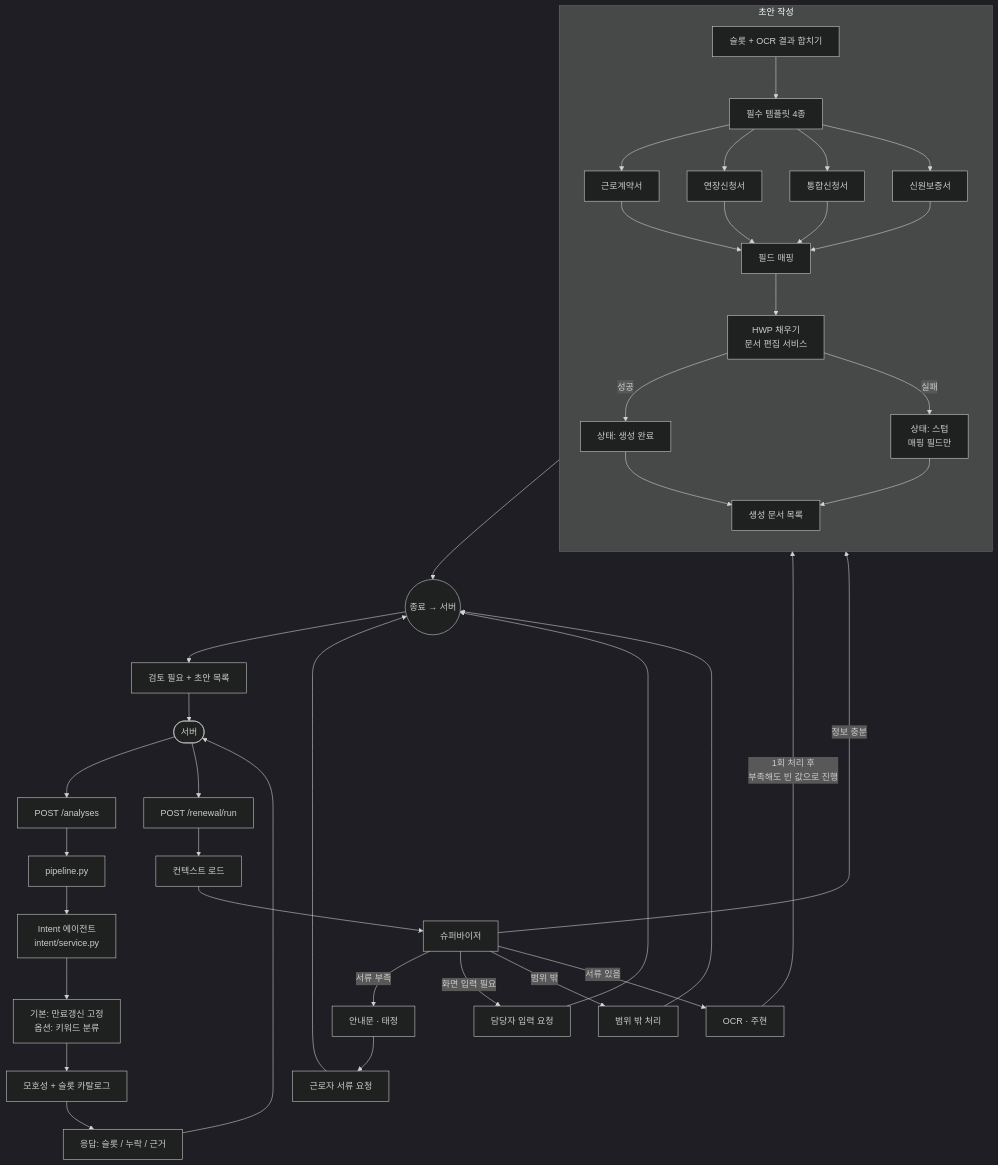
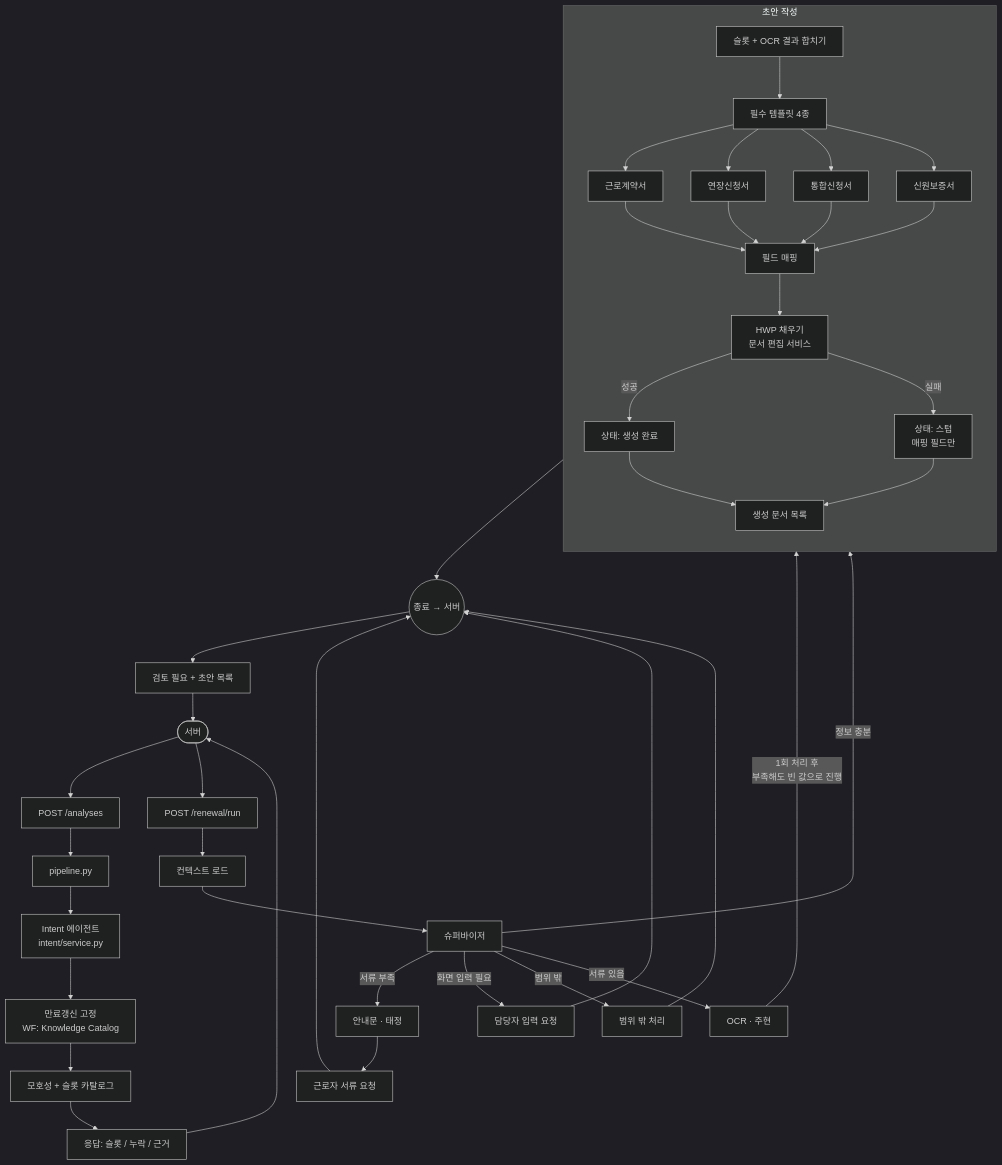
The diagram in app/agents/workflow_graph/README.md (fowoco/ai), drawn with Mermaid (dark theme) before and after one commit. The commit also changed other lines of this file and 13 other files, not shown here.

````diff
--- a/app/agents/workflow_graph/README.md
+++ b/app/agents/workflow_graph/README.md
@@ -26,53 +34,53 @@
 ```mermaid
 flowchart TB
   Server([서버])
 
   Server --> A["POST /analyses"]
   A --> P["pipeline.py"]
   P --> IA1["Intent 에이전트<br/>intent/service.py"]
-  IA1 --> FIX1["기본: 만료갱신 고정<br/>옵션: 키워드 분류"]
+  IA1 --> FIX1["만료갱신 고정<br/>WF: Knowledge Catalog"]
   FIX1 --> AMB1["모호성 + 슬롯 카탈로그"]
   AMB1 --> AR["응답: 슬롯 / 누락 / 근거"]
   AR --> Server
 
   Server --> R["POST /renewal/run"]
   R --> LC["컨텍스트 로드"]
   LC --> SUP["슈퍼바이저"]
 
   SUP -->|서류 부족| GUIDE["안내문 · 태정"]
   SUP -->|화면 입력 필요| AH["담당자 입력 요청"]
   SUP -->|범위 밖| OOS["범위 밖 처리"]
   SUP -->|서류 있음| OCR["OCR · 주현"]
   SUP -->|정보 충분| GEN
 
   GUIDE --> AW["근로자 서류 요청"]
 
   OCR -->|1회 처리 후<br/>부족해도 빈 값으로 진행| GEN
 
   AW --> ENDN((종료 → 서버))
   AH --> ENDN
   OOS --> ENDN
 
   subgraph GEN["초안 작성"]
     direction TB
     M["슬롯 + OCR 결과 합치기"]
     M --> T["필수 템플릿 4종"]
     T --> T1["근로계약서"]
     T --> T2["연장신청서"]
     T --> T3["통합신청서"]
     T --> T4["신원보증서"]
     T1 --> MAP["필드 매핑"]
     T2 --> MAP
     T3 --> MAP
     T4 --> MAP
     MAP --> EDIT["HWP 채우기<br/>문서 편집 서비스"]
     EDIT -->|성공| OK["상태: 생성 완료"]
     EDIT -->|실패| ST["상태: 스텁<br/>매핑 필드만"]
     OK --> OUT["생성 문서 목록"]
     ST --> OUT
   end
 
   GEN --> ENDN
   ENDN --> RR["검토 필요 + 초안 목록"]
   RR --> Server
 ```
````
